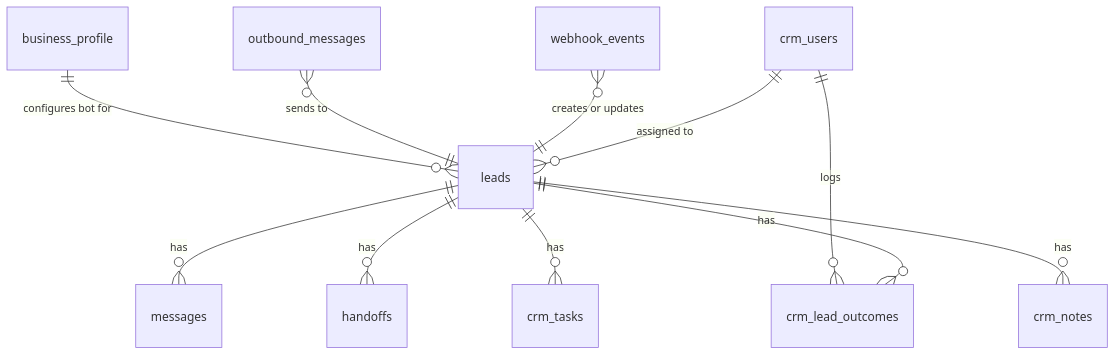
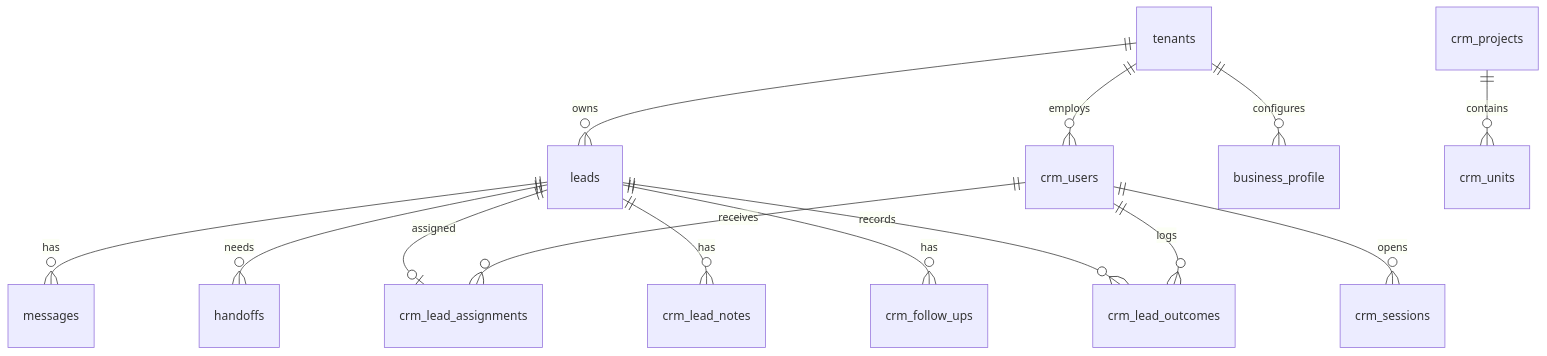
Diagram 13 of 15 in docs/SYSTEM_MAP.md (kaamilstudiesig/GKF-WA), drawn with Mermaid before and after one commit. The commit also changed other lines of this file, not shown here.

````diff
--- a/docs/SYSTEM_MAP.md
+++ b/docs/SYSTEM_MAP.md
@@ -273,13 +418,16 @@
 ```mermaid
 erDiagram
+  tenants ||--o{ leads : owns
+  tenants ||--o{ crm_users : employs
+  tenants ||--o{ business_profile : configures
   leads ||--o{ messages : has
-  leads ||--o{ handoffs : has
-  leads ||--o{ crm_lead_outcomes : has
-  leads ||--o{ crm_tasks : has
-  leads ||--o{ crm_notes : has
-  crm_users ||--o{ leads : "assigned to"
+  leads ||--o{ handoffs : needs
+  leads ||--o| crm_lead_assignments : assigned
+  leads ||--o{ crm_lead_notes : has
+  leads ||--o{ crm_follow_ups : has
+  leads ||--o{ crm_lead_outcomes : records
+  crm_users ||--o{ crm_sessions : opens
+  crm_users ||--o{ crm_lead_assignments : receives
   crm_users ||--o{ crm_lead_outcomes : logs
-  webhook_events }o--|| leads : "creates or updates"
-  outbound_messages }o--|| leads : "sends to"
-  business_profile ||--o{ leads : "configures bot for"
+  crm_projects ||--o{ crm_units : contains
 ```
````
